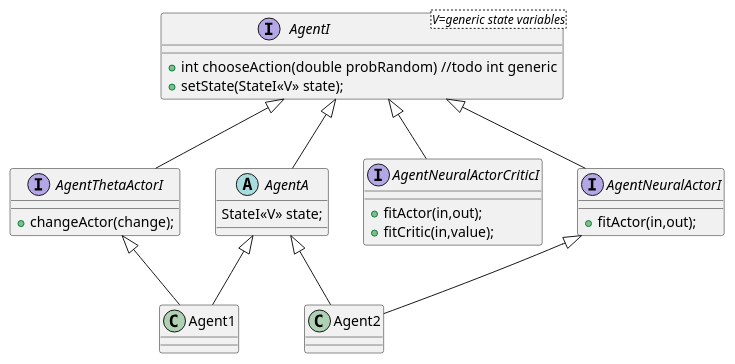
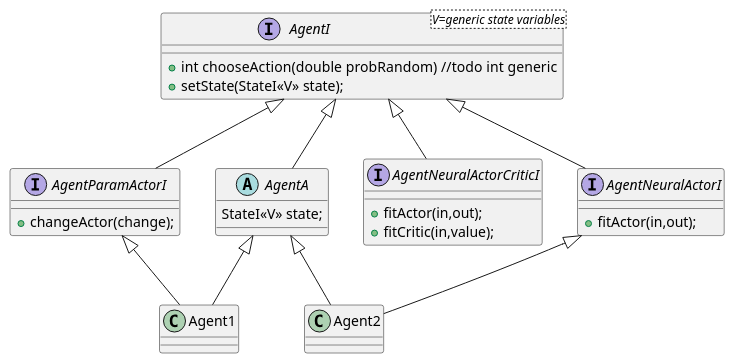
One commit to JonasHellgren/MachineLearning changed the diagram in src/main/java/policy_gradient_problems/class_diagrams/agent.puml. Above: the diagram before and after it, drawn with PlantUML. The commit also changed 47 other files, not shown here.

```diff
--- a/src/main/java/policy_gradient_problems/class_diagrams/agent.puml
+++ b/src/main/java/policy_gradient_problems/class_diagrams/agent.puml
@@ -1,37 +1,37 @@
 @startuml
 'https://plantuml.com/class-diagram
 
 interface AgentI<V=generic state variables> {
 + int chooseAction(double probRandom)  //todo int generic
 + setState(StateI<<V>> state);
 '/ + double readValue(StateI<<V>> state);  //todo needed?
 }
 
-interface AgentThetaActorI {
+interface AgentParamActorI {
 + changeActor(change);
 }
 
 interface AgentNeuralActorI {
 + fitActor(in,out);
 }
 
 interface AgentNeuralActorCriticI {
 + fitActor(in,out);
 + fitCritic(in,value);
 }
 
 abstract class AgentA {
 '/    EnvironmentI<<V>> environment;
     StateI<<V>> state;
 }
 
 AgentI <|-- AgentA
-AgentI <|-- AgentThetaActorI
+AgentI <|-- AgentParamActorI
 AgentI <|-- AgentNeuralActorI
 AgentI <|-- AgentNeuralActorCriticI
 AgentA  <|-- Agent1
 AgentA  <|-- Agent2
-AgentThetaActorI  <|-- Agent1
+AgentParamActorI  <|-- Agent1
 AgentNeuralActorI  <|-- Agent2
 
 @enduml
```
